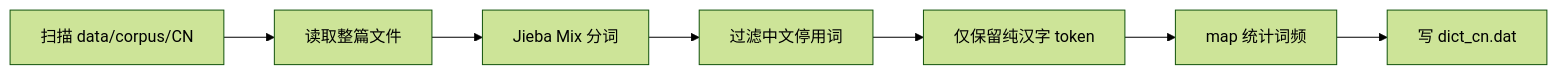
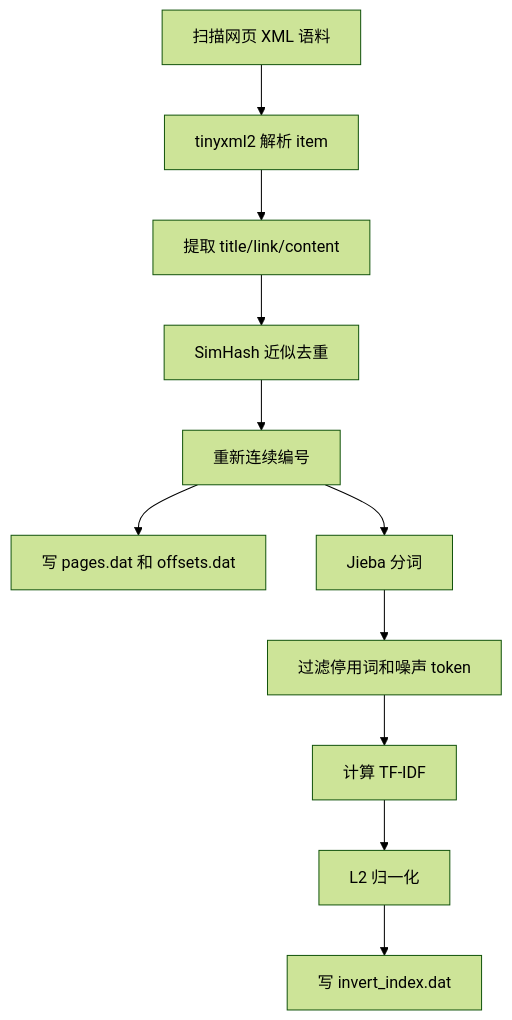
The fourth of 10 diagrams in 课件/07_搜索引擎项目/02_SearchEngine_V2/README.md (dijk4tra/Cpp_Advanced), drawn with Mermaid (forest theme) before and after one commit. The commit also changed other lines of this file and 16 other files, not shown here.

````diff
--- a/课件/07_搜索引擎项目/02_SearchEngine_V2/README.md
+++ b/课件/07_搜索引擎项目/02_SearchEngine_V2/README.md
@@ -373,9 +341,13 @@
 ```mermaid
-flowchart LR
-    A[扫描 data/corpus/CN] --> B[读取整篇文件]
-    B --> C[Jieba Mix 分词]
-    C --> D[过滤中文停用词]
-    D --> E[仅保留纯汉字 token]
-    E --> F[map 统计词频]
-    F --> G[写 dict_cn.dat]
+flowchart TD
+    A[扫描网页 XML 语料] --> B[tinyxml2 解析 item]
+    B --> C[提取 title/link/content]
+    C --> D[SimHash 近似去重]
+    D --> E[重新连续编号]
+    E --> F[写 pages.dat 和 offsets.dat]
+    E --> G[Jieba 分词]
+    G --> H[过滤停用词和噪声 token]
+    H --> I[计算 TF-IDF]
+    I --> J[L2 归一化]
+    J --> K[写 invert_index.dat]
 ```
````
